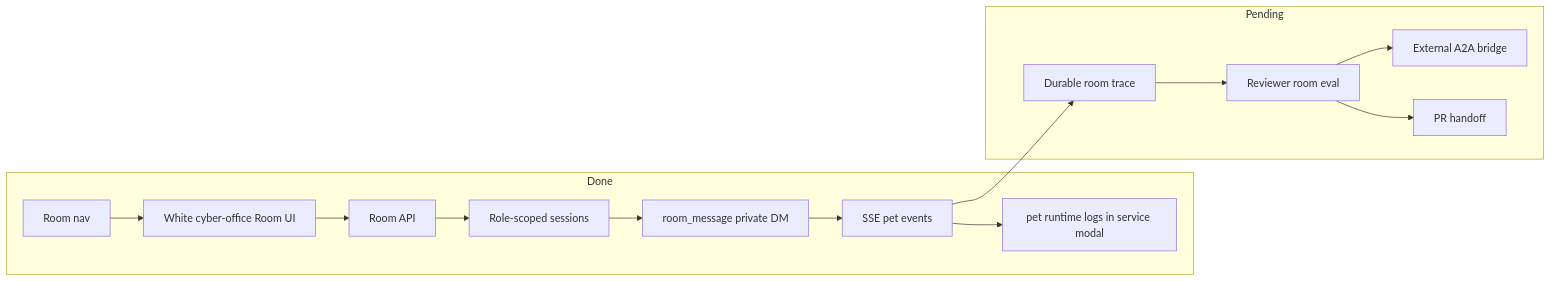
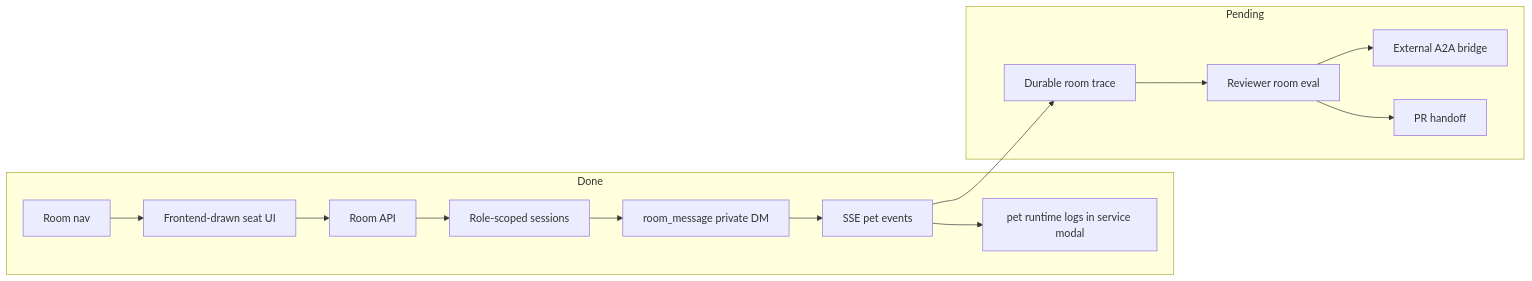
The diagram in dashboard/PLAN.md (fightheyyy/XiaoBa-CLI), drawn with Mermaid before and after one commit. The commit also changed other lines of this file and 3 other files, not shown here.

````diff
--- a/dashboard/PLAN.md
+++ b/dashboard/PLAN.md
@@ -7,30 +7,30 @@
 ```mermaid
 flowchart LR
     subgraph Done["Done"]
         Nav["Room nav"]
-        Surface["White cyber-office Room UI"]
+        Surface["Frontend-drawn seat UI"]
         API["Room API"]
         Scoped["Role-scoped sessions"]
         PM["room_message private DM"]
         Stream["SSE pet events"]
         Logs["pet runtime logs in service modal"]
     end
 
     subgraph Pending["Pending"]
         Durable["Durable room trace"]
         Eval["Reviewer room eval"]
         A2A["External A2A bridge"]
         PR["PR handoff"]
     end
 
     Nav --> Surface
     Surface --> API
     API --> Scoped
     Scoped --> PM
     PM --> Stream
     Stream --> Logs
     Stream --> Durable
     Durable --> Eval
     Eval --> A2A
     Eval --> PR
 ```
````
